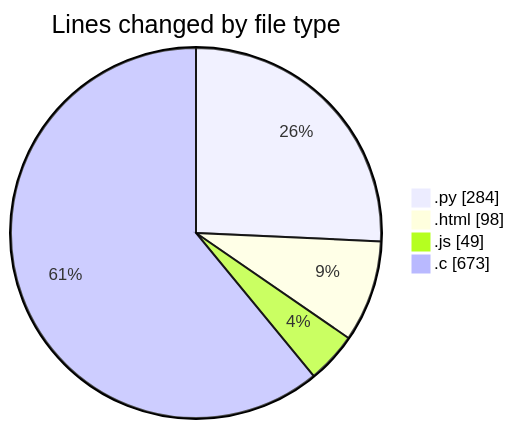
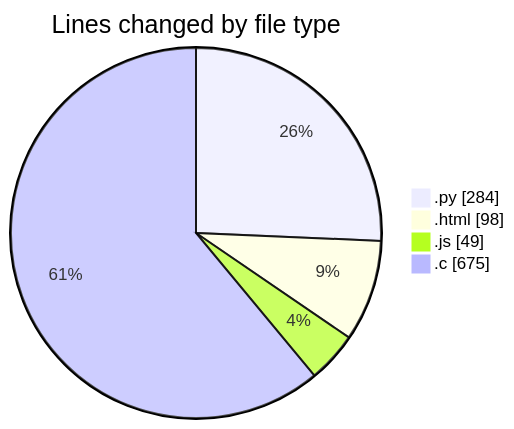
The first of 2 diagrams in 2025-01-21/projects/README.md (Ritupan-Deka/code-tracking), drawn with Mermaid before and after one commit. The commit also changed other lines of this file and 1 other file, not shown here.

````diff
--- a/2025-01-21/projects/README.md
+++ b/2025-01-21/projects/README.md
@@ -31,8 +31,8 @@
 ```mermaid
 pie showData
 title Lines changed by file type
 ".py" : 284
 ".html" : 98
 ".js" : 49
-".c" : 673
+".c" : 675
 ```
````
